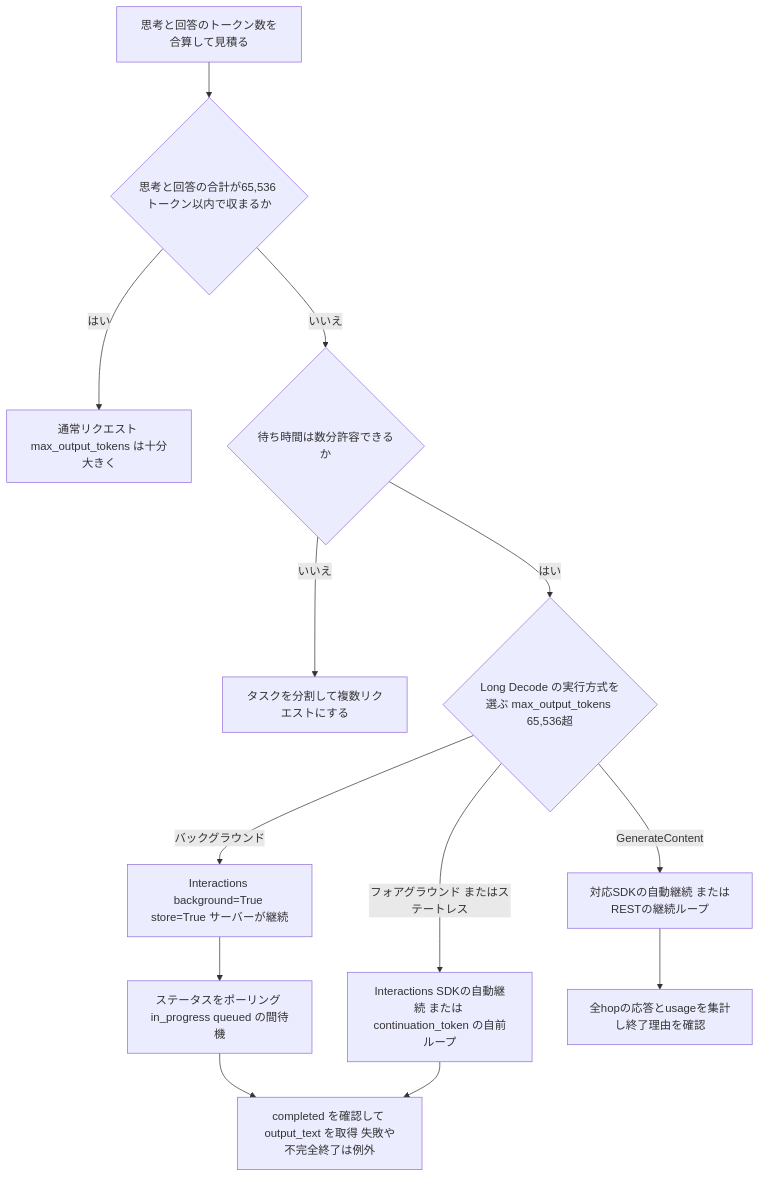
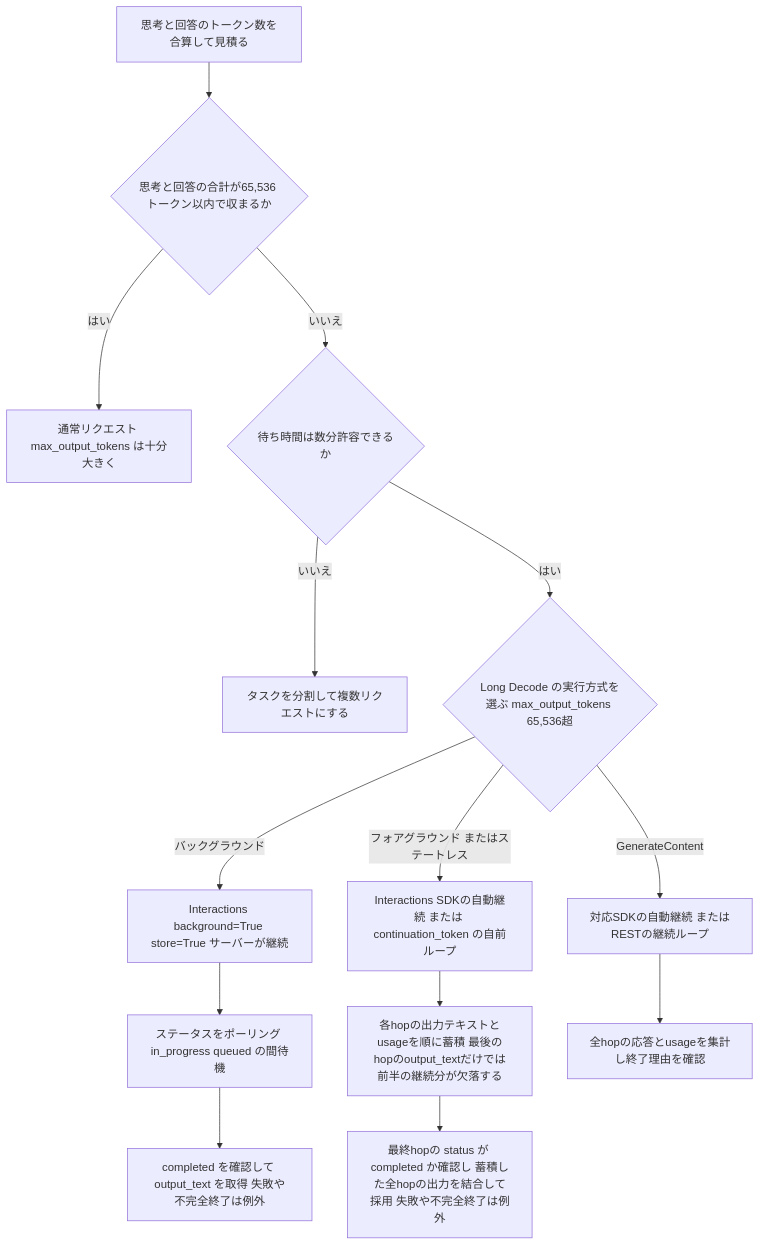
One commit to myoshi2891/Comparison-of-LLMs changed the fifth of 10 diagrams in Gemini-4-hydrogen-guide.md. Above: the diagram before and after it, drawn with Mermaid. The commit also changed other lines of this file and 3 other files, not shown here.

Commit message:
docs(google): refine long decode flows, consensus checks, and response parts in Gemini guides

````diff
--- a/Gemini-4-hydrogen-guide.md
+++ b/Gemini-4-hydrogen-guide.md
@@ -307,15 +307,16 @@
 ```mermaid
 flowchart TD
     A["思考と回答のトークン数を合算して見積る"] --> B{"思考と回答の合計が65,536 トークン以内で収まるか"}
     B -- "はい" --> C["通常リクエスト max_output_tokens は十分大きく"]
     B -- "いいえ" --> D{"待ち時間は数分許容できるか"}
     D -- "いいえ" --> E["タスクを分割して複数リクエストにする"]
     D -- "はい" --> MODE{"Long Decode の実行方式を選ぶ max_output_tokens 65,536超"}
     MODE -- "バックグラウンド" --> F["Interactions background=True store=True サーバーが継続"]
     MODE -- "フォアグラウンド またはステートレス" --> FG["Interactions SDKの自動継続 または continuation_token の自前ループ"]
     MODE -- "GenerateContent" --> GC["対応SDKの自動継続 またはRESTの継続ループ"]
     F --> G["ステータスをポーリング in_progress queued の間待機"]
     G --> H["completed を確認して output_text を取得 失敗や不完全終了は例外"]
-    FG --> H
+    FG --> ACC["各hopの出力テキストとusageを順に蓄積 最後のhopのoutput_textだけでは前半の継続分が欠落する"]
+    ACC --> FGD["最終hopの status が completed か確認し 蓄積した全hopの出力を結合して採用 失敗や不完全終了は例外"]
     GC --> RESULT["全hopの応答とusageを集計し終了理由を確認"]
 ```
````
